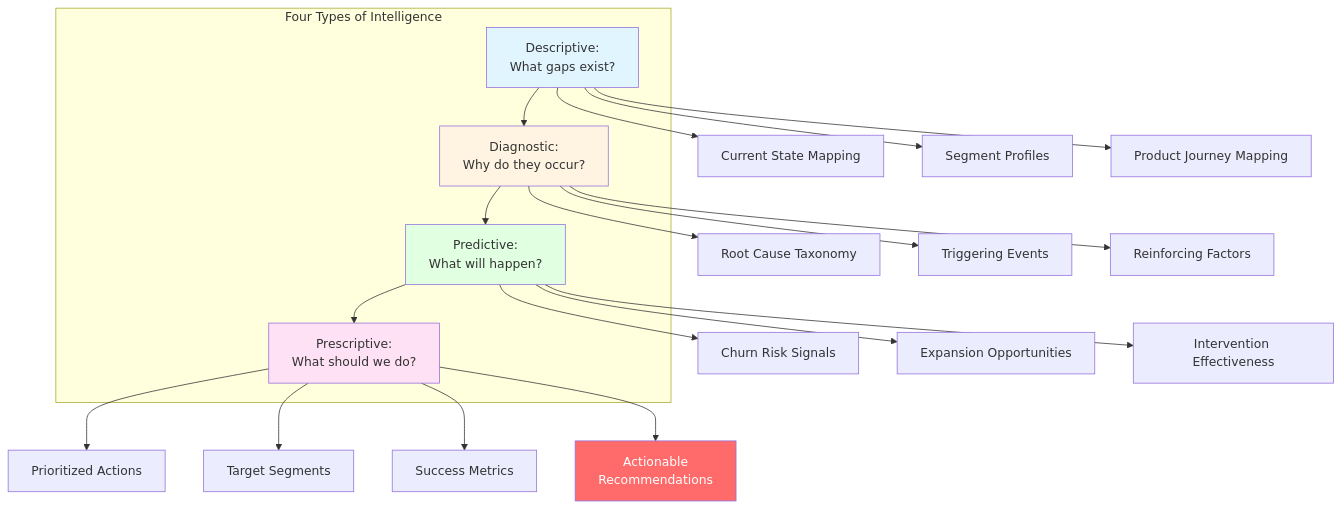
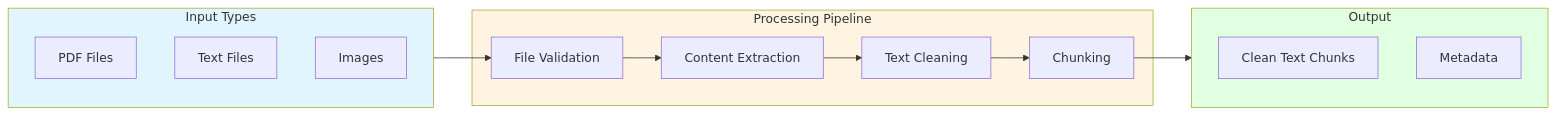
Before and after one commit to Krish-Om/contradiction-detection-system: the sixth of 20 diagrams in docs/01_conceptual_framework.md, drawn with Mermaid. The commit also changed other lines of this file and 5 other files, not shown here.

````diff
--- a/docs/01_conceptual_framework.md
+++ b/docs/01_conceptual_framework.md
@@ -173,35 +186,26 @@
 ```mermaid
-graph TB
-    subgraph Intelligence["Four Types of Intelligence"]
-        D[Descriptive:<br/>What gaps exist?]
-        DI[Diagnostic:<br/>Why do they occur?]
-        PR[Predictive:<br/>What will happen?]
-        PS[Prescriptive:<br/>What should we do?]
+flowchart LR
+    subgraph Input["Input Types"]
+        PDF[PDF Files]
+        TXT[Text Files]
+        IMG[Images]
     end
-    
-    D --> D1[Current State Mapping]
-    D --> D2[Segment Profiles]
-    D --> D3[Product Journey Mapping]
-    
-    DI --> DI1[Root Cause Taxonomy]
-    DI --> DI2[Triggering Events]
-    DI --> DI3[Reinforcing Factors]
-    
-    PR --> PR1[Churn Risk Signals]
-    PR --> PR2[Expansion Opportunities]
-    PR --> PR3[Intervention Effectiveness]
-    
-    PS --> PS1[Prioritized Actions]
-    PS --> PS2[Target Segments]
-    PS --> PS3[Success Metrics]
-    
-    D --> DI --> PR --> PS
-    
-    PS --> Output[Actionable<br/>Recommendations]
-    
-    style D fill:#e1f5ff
-    style DI fill:#fff4e1
-    style PR fill:#e1ffe1
-    style PS fill:#ffe1f5
-    style Output fill:#ff6b6b,color:#fff
+
+    subgraph Processing["Processing Pipeline"]
+        P1[File Validation]
+        P2[Content Extraction]
+        P3[Text Cleaning]
+        P4[Chunking]
+    end
+
+    subgraph Output["Output"]
+        O1[Clean Text Chunks]
+        O2[Metadata]
+    end
+
+    Input --> P1 --> P2 --> P3 --> P4 --> Output
+
+    style Input fill:#e1f5ff
+    style Processing fill:#fff4e1
+    style Output fill:#e1ffe1
 ```
````
